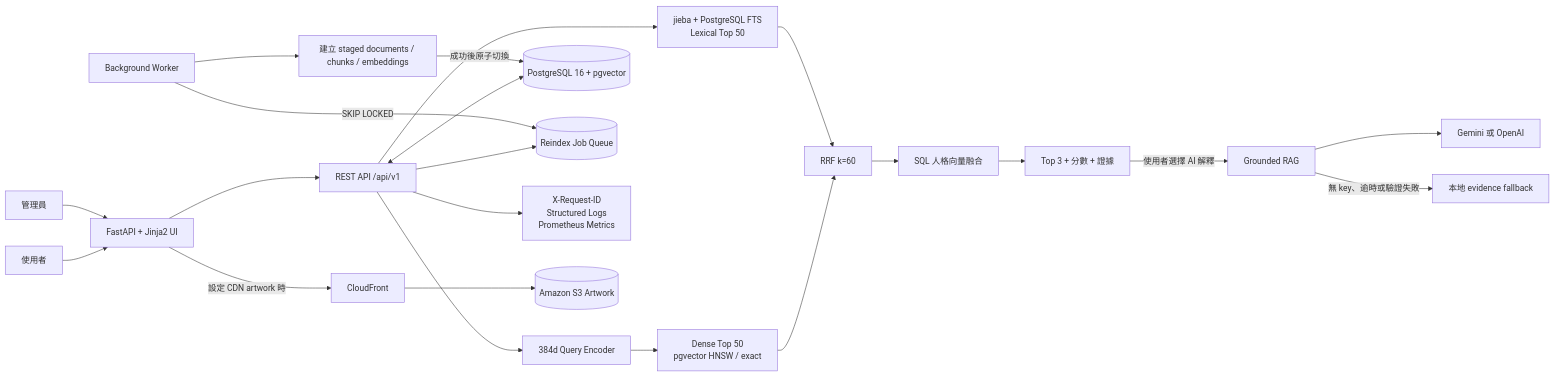
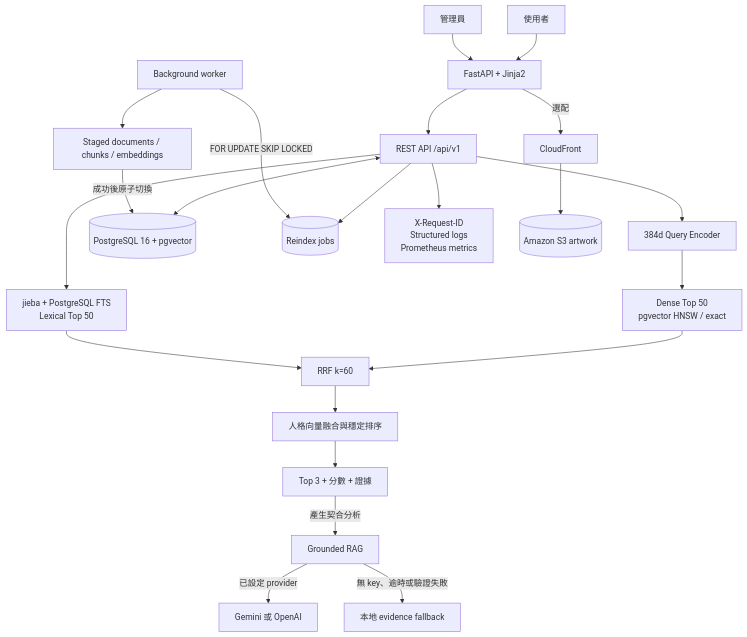
Before and after one commit to likaisuwork9616/pokemon-personality-recommender: the diagram in README.md, drawn with Mermaid. The commit also changed other lines of this file and 3 other files, not shown here.

```diff
--- a/README.md
+++ b/README.md
@@ -38,28 +27,28 @@
 ~~~mermaid
-flowchart LR
-    U[使用者] --> UI[FastAPI + Jinja2 UI]
-    ADM[管理員] --> UI
-    UI --> API[REST API /api/v1]
+flowchart TB
+    U[使用者] --> WEB[FastAPI + Jinja2]
+    A[管理員] --> WEB
+    WEB --> API[REST API /api/v1]
 
     API --> ENC[384d Query Encoder]
-    ENC --> D[Dense Top 50<br/>pgvector HNSW / exact]
-    API --> L[jieba + PostgreSQL FTS<br/>Lexical Top 50]
-    D --> RRF[RRF k=60]
-    L --> RRF
-    RRF --> P[SQL 人格向量融合]
-    P --> T[Top 3 + 分數 + 證據]
+    ENC --> DENSE[Dense Top 50<br/>pgvector HNSW / exact]
+    API --> LEX[jieba + PostgreSQL FTS<br/>Lexical Top 50]
+    DENSE --> RRF[RRF k=60]
+    LEX --> RRF
+    RRF --> SCORE[人格向量融合與穩定排序]
+    SCORE --> TOP3[Top 3 + 分數 + 證據]
 
-    T -->|使用者選擇 AI 解釋| RAG[Grounded RAG]
-    RAG --> PROVIDER[Gemini 或 OpenAI]
-    RAG -->|無 key、逾時或驗證失敗| FB[本地 evidence fallback]
+    TOP3 -->|產生契合分析| RAG[Grounded RAG]
+    RAG -->|已設定 provider| LLM[Gemini 或 OpenAI]
+    RAG -->|無 key、逾時或驗證失敗| LOCAL[本地 evidence fallback]
 
     API <--> DB[(PostgreSQL 16 + pgvector)]
-    API --> Q[(Reindex Job Queue)]
-    W[Background Worker] -->|SKIP LOCKED| Q
-    W --> S[建立 staged documents / chunks / embeddings]
-    S -->|成功後原子切換| DB
+    API --> JOBS[(Reindex jobs)]
+    WORKER[Background worker] -->|FOR UPDATE SKIP LOCKED| JOBS
+    WORKER --> STAGED[Staged documents / chunks / embeddings]
+    STAGED -->|成功後原子切換| DB
 
-    API --> O[X-Request-ID<br/>Structured Logs<br/>Prometheus Metrics]
-    UI -->|設定 CDN artwork 時| CDN[CloudFront]
-    CDN --> S3[(Amazon S3 Artwork)]
+    API --> OBS[X-Request-ID<br/>Structured logs<br/>Prometheus metrics]
+    WEB -->|選配| CDN[CloudFront]
+    CDN --> S3[(Amazon S3 artwork)]
 ~~~
```
